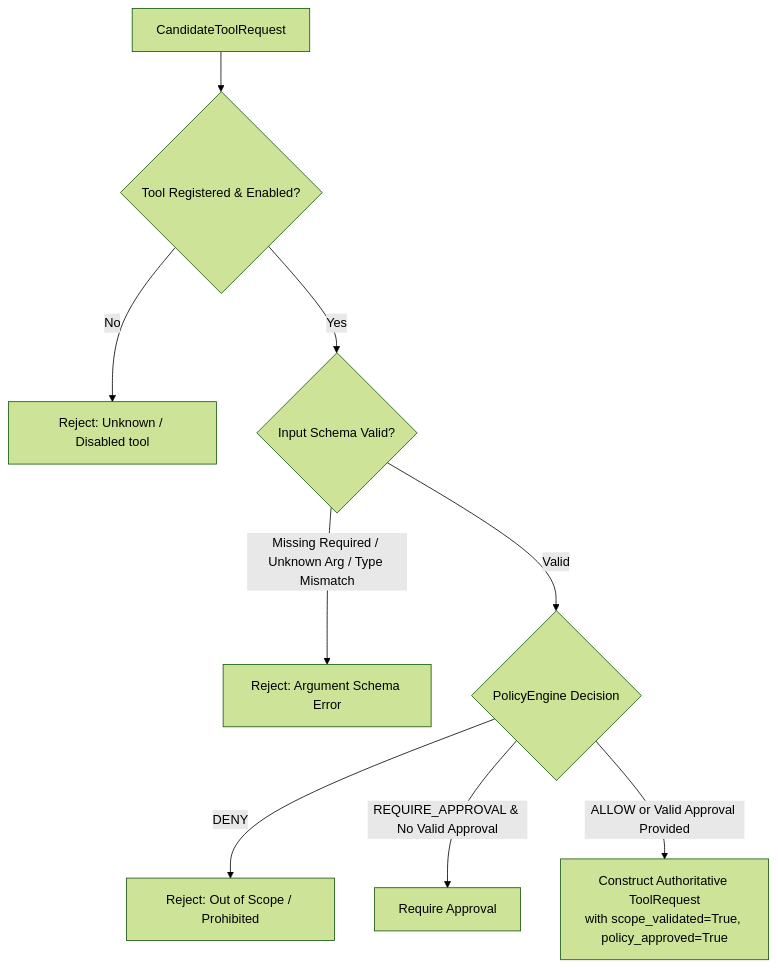
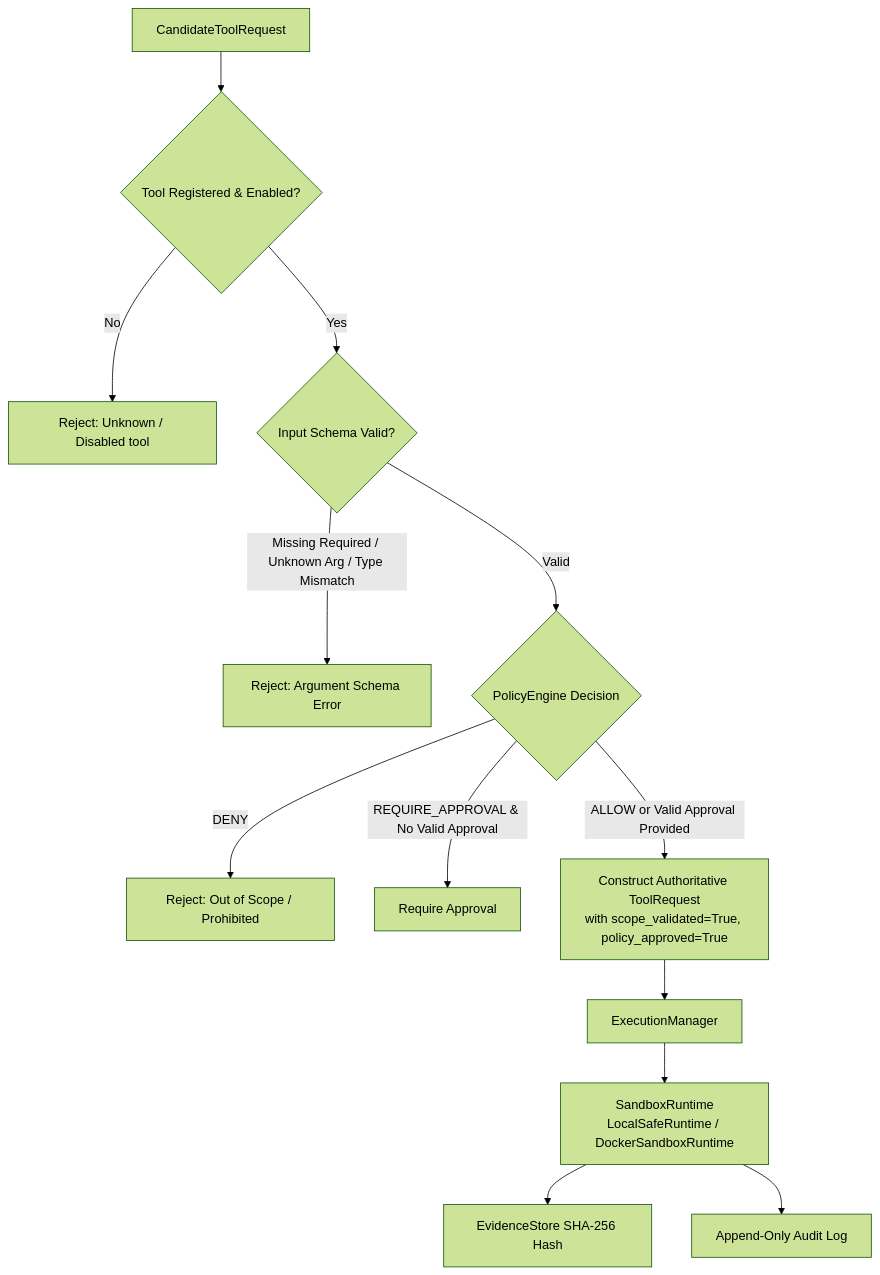
One commit to jivi001/ARKA changed the diagram in docs/security/tool-execution-security.md. Above: the diagram before and after it, drawn with Mermaid (forest theme). The commit also changed other lines of this file and 22 other files, not shown here.

Commit message:
2.1-implement secure execution engine with sandbox runtime and policy enforcement

````diff
--- a/docs/security/tool-execution-security.md
+++ b/docs/security/tool-execution-security.md
@@ -11,14 +11,18 @@
 ```mermaid
 flowchart TD
     Candidate[CandidateToolRequest] --> CheckExist{Tool Registered & Enabled?}
     CheckExist -->|No| Fail1[Reject: Unknown / Disabled tool]
     
     CheckExist -->|Yes| SchemaCheck{Input Schema Valid?}
     SchemaCheck -->|Missing Required / Unknown Arg / Type Mismatch| Fail2[Reject: Argument Schema Error]
     
     SchemaCheck -->|Valid| PolicyEval{PolicyEngine Decision}
     PolicyEval -->|DENY| Fail3[Reject: Out of Scope / Prohibited]
     PolicyEval -->|REQUIRE_APPROVAL & No Valid Approval| Fail4[Require Approval]
     
     PolicyEval -->|ALLOW or Valid Approval Provided| Construct[Construct Authoritative ToolRequest\nwith scope_validated=True, policy_approved=True]
+    Construct --> ExecMgr[ExecutionManager]
+    ExecMgr --> Sandbox[SandboxRuntime\nLocalSafeRuntime / DockerSandboxRuntime]
+    Sandbox --> Evidence[EvidenceStore SHA-256 Hash]
+    Sandbox --> Audit[Append-Only Audit Log]
 ```
````
